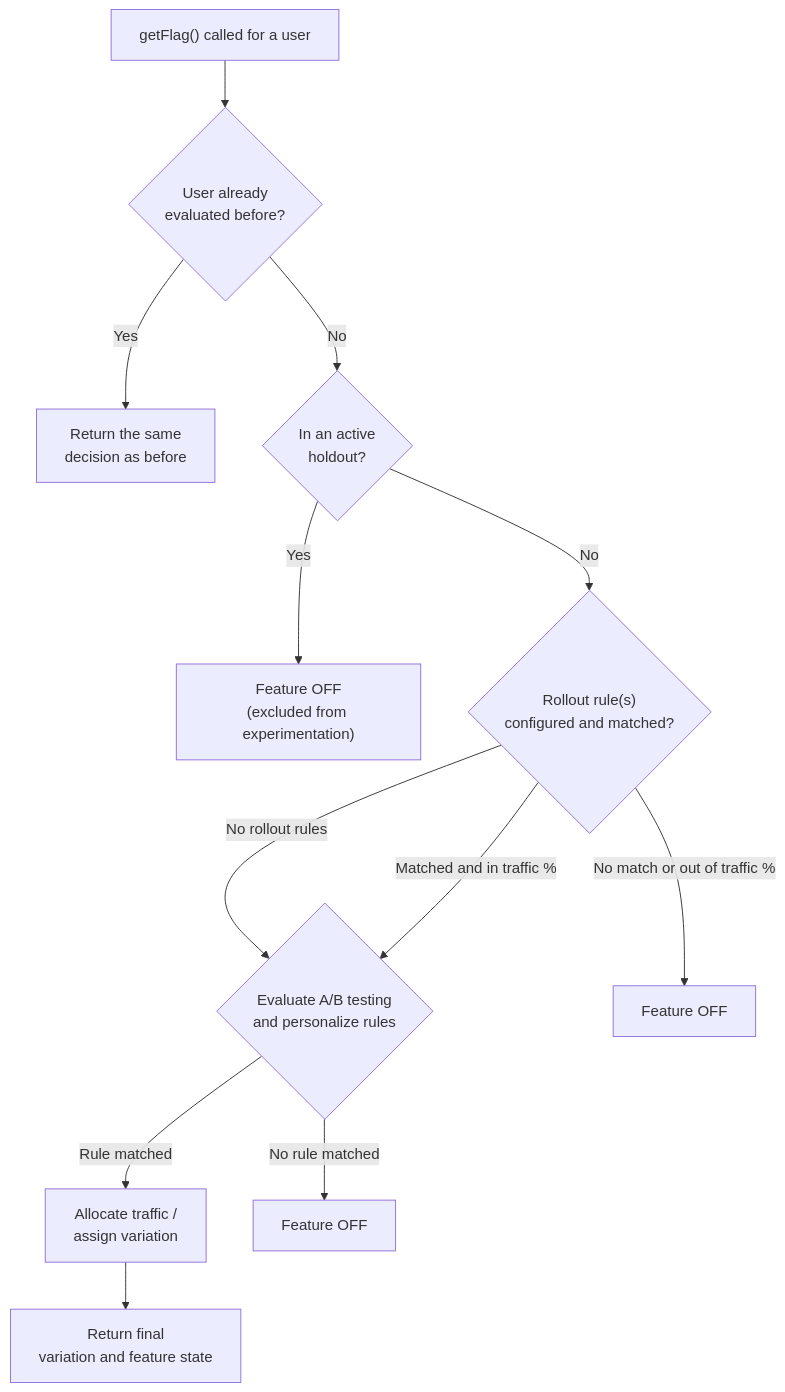
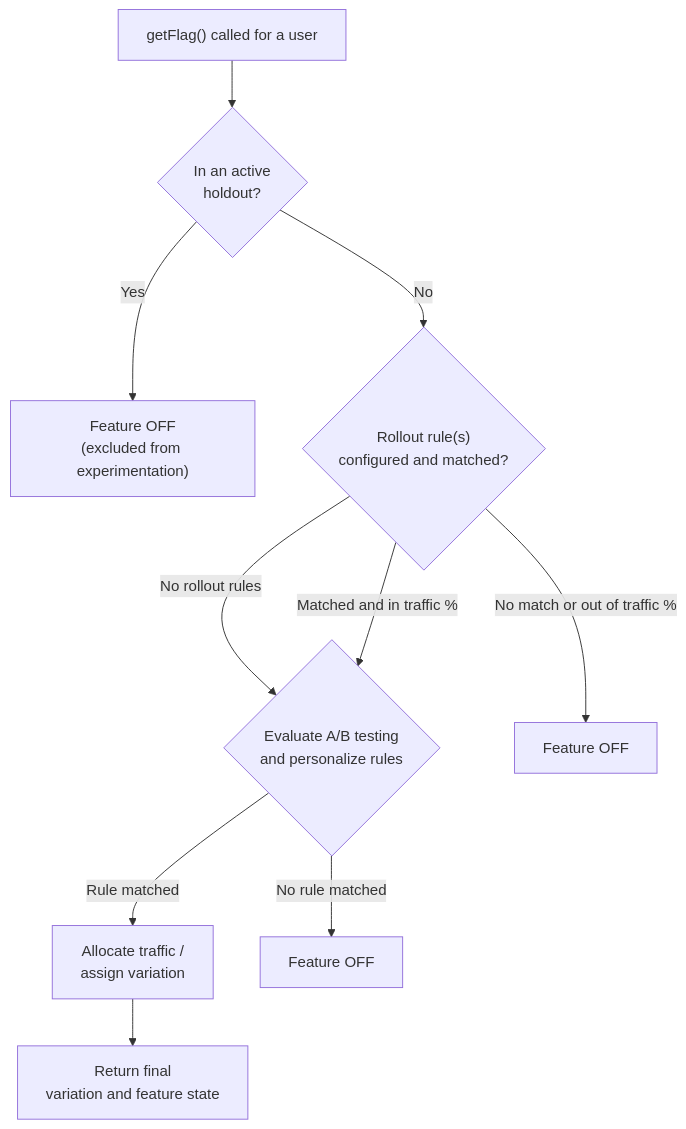
Before and after one commit to wingify/readme-central: the third of 3 diagrams in docs/Mcp20server/delete-soon.md, drawn with Mermaid.

Commit message:
Update doc `delete-soon`

````diff
--- a/docs/Mcp20server/delete-soon.md
+++ b/docs/Mcp20server/delete-soon.md
@@ -36,17 +36,15 @@
 ```mermaid
 flowchart TD
-  A["getFlag() called for a user"] --> B{"User already<br/>evaluated before?"}
-  B -- "Yes" --> Z["Return the same<br/>decision as before"]
-  B -- "No" --> C{"In an active<br/>holdout?"}
+  A["getFlag() called for a user"] --> C{"In an active<br/>holdout?"}
 
   C -- "Yes" --> H["Feature OFF<br/>(excluded from experimentation)"]
   C -- "No" --> D{"Rollout rule(s)<br/>configured and matched?"}
 
   D -- "No rollout rules" --> E{"Evaluate A/B testing<br/>and personalize rules"}
   D -- "Matched and in traffic %" --> E
   D -- "No match or out of traffic %" --> H2["Feature OFF"]
 
   E -- "Rule matched" --> F["Allocate traffic /<br/>assign variation"]
   E -- "No rule matched" --> H3["Feature OFF"]
   F --> Z2["Return final<br/>variation and feature state"]
 ```
````
